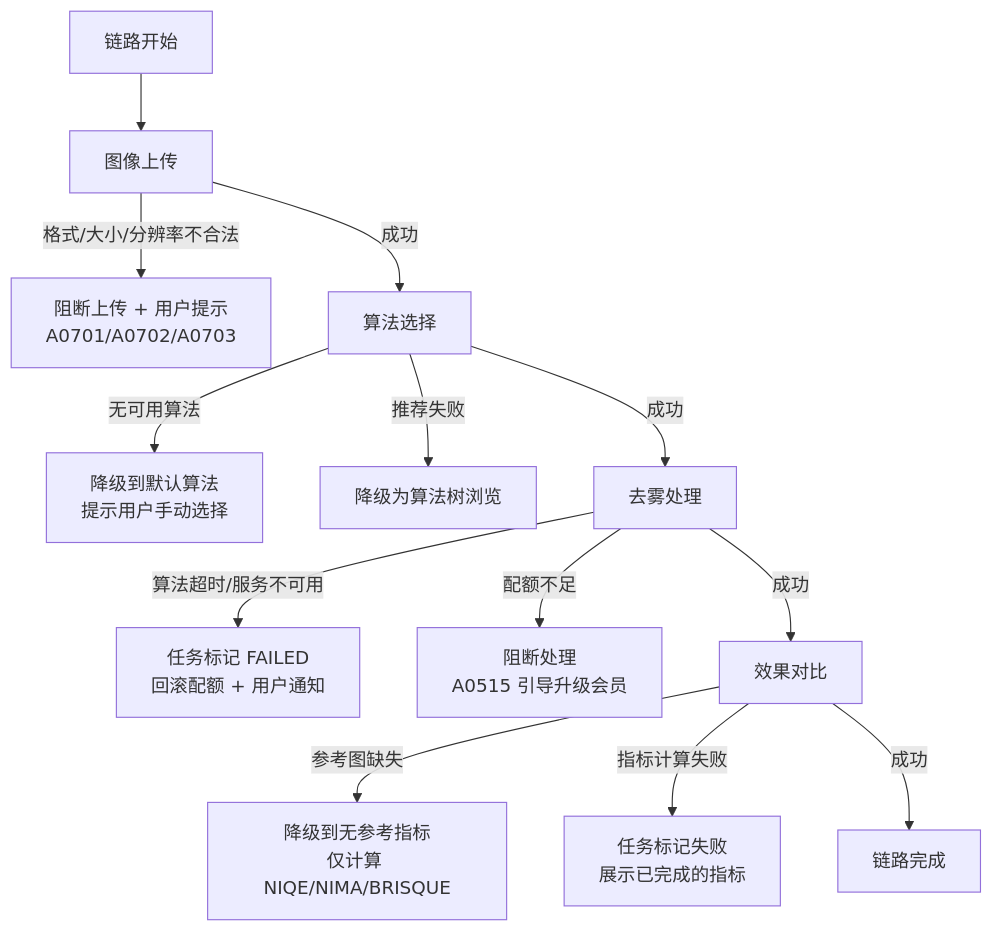
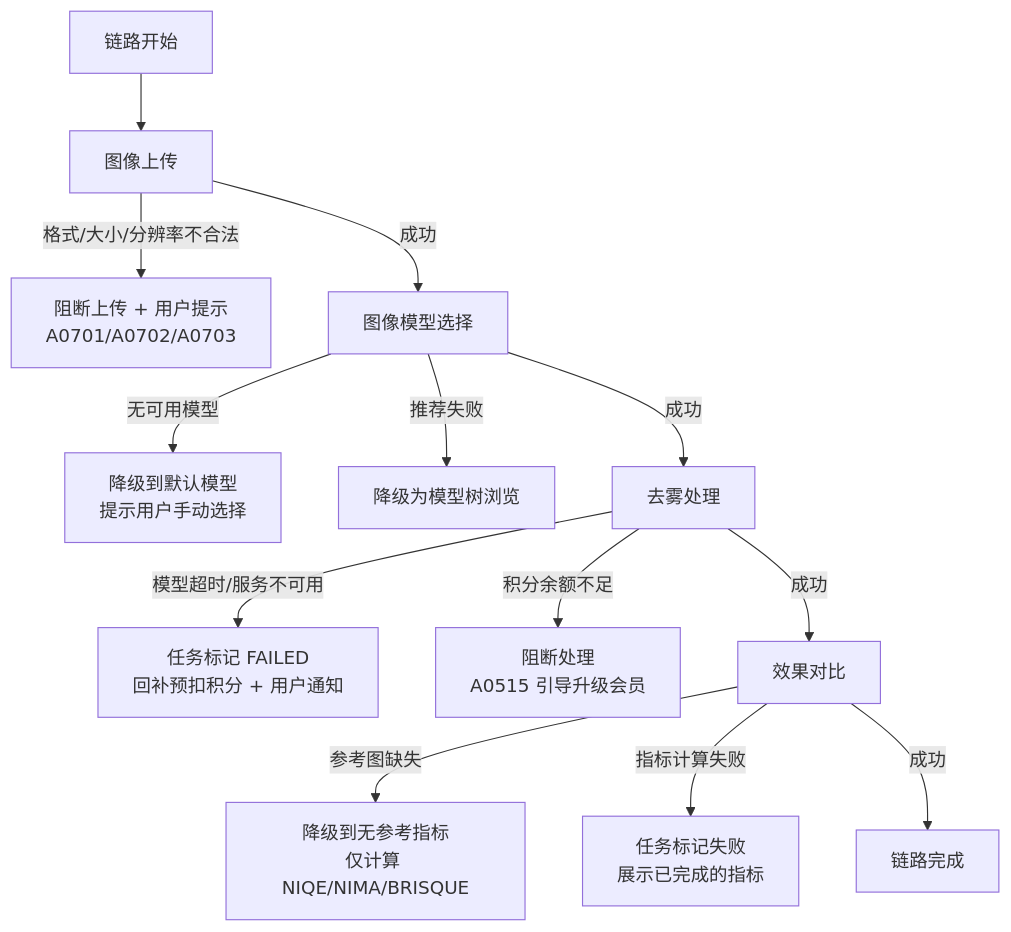
One commit to earthy-zinc/dehaze-system changed the second of 3 diagrams in dehaze-doc/docs/02-系统架构/08-去雾主链路协作设计.md. Above: the diagram before and after it, drawn with Mermaid. The commit also changed other lines of this file and 239 other files, not shown here.

````diff
--- a/dehaze-doc/docs/02-系统架构/08-去雾主链路协作设计.md
+++ b/dehaze-doc/docs/02-系统架构/08-去雾主链路协作设计.md
@@ -96,20 +95,20 @@
 ```mermaid
 flowchart TD
     Start["链路开始"]
 
     Start --> UPL["图像上传"]
     UPL -->|格式/大小/分辨率不合法| UPL_F["阻断上传 + 用户提示<br/>A0701/A0702/A0703"]
-    UPL -->|成功| ALG["算法选择"]
+    UPL -->|成功| ALG["图像模型选择"]
 
-    ALG -->|无可用算法| ALG_F["降级到默认算法<br/>提示用户手动选择"]
-    ALG -->|推荐失败| ALG_F2["降级为算法树浏览"]
+    ALG -->|无可用模型| ALG_F["降级到默认模型<br/>提示用户手动选择"]
+    ALG -->|推荐失败| ALG_F2["降级为模型树浏览"]
     ALG -->|成功| PROC["去雾处理"]
 
-    PROC -->|算法超时/服务不可用| PROC_F["任务标记 FAILED<br/>回滚配额 + 用户通知"]
-    PROC -->|配额不足| PROC_F2["阻断处理<br/>A0515 引导升级会员"]
+    PROC -->|模型超时/服务不可用| PROC_F["任务标记 FAILED<br/>回补预扣积分 + 用户通知"]
+    PROC -->|积分余额不足| PROC_F2["阻断处理<br/>A0515 引导升级会员"]
     PROC -->|成功| EVAL["效果对比"]
 
     EVAL -->|参考图缺失| EVAL_F["降级到无参考指标<br/>仅计算 NIQE/NIMA/BRISQUE"]
     EVAL -->|指标计算失败| EVAL_F2["任务标记失败<br/>展示已完成的指标"]
     EVAL -->|成功| END["链路完成"]
 ```
````
